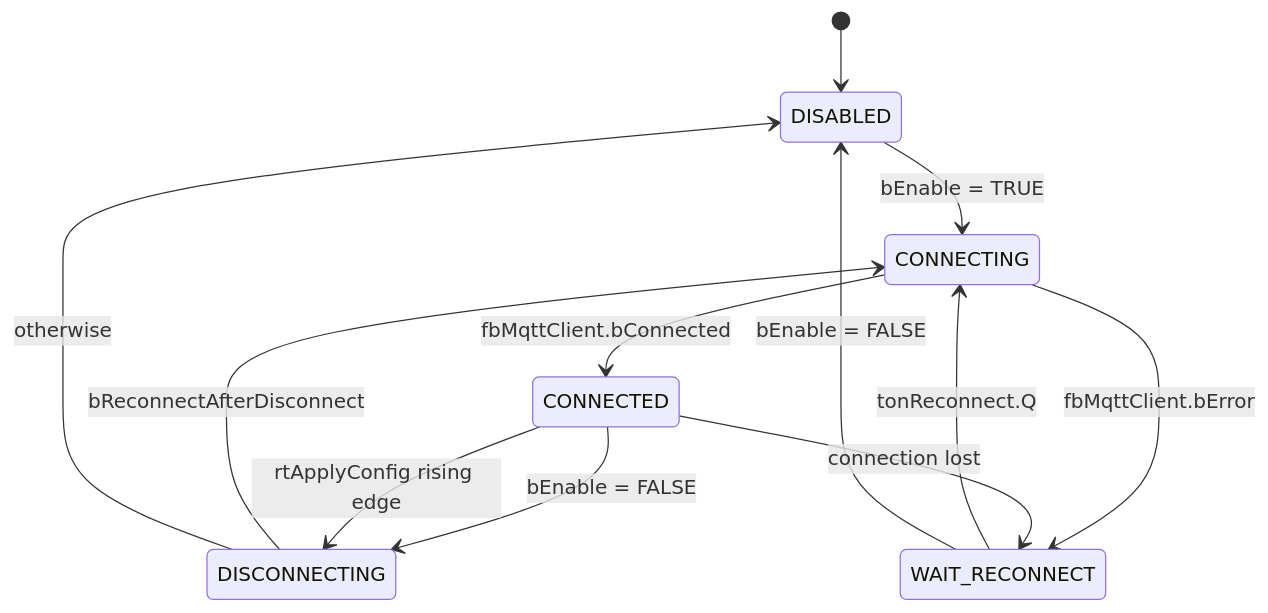
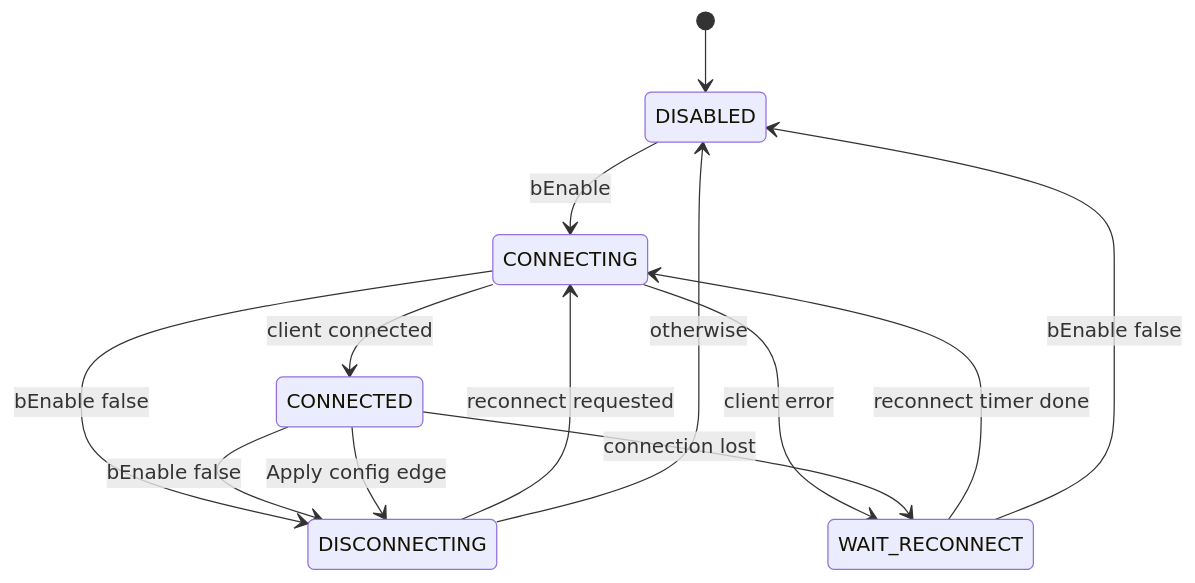
One commit to Awais-Mughal/Veksi_Project changed the second of 3 diagrams in docs/STATE_MACHINES.md. Above: the diagram before and after it, drawn with Mermaid. The commit also changed other lines of this file and 10 other files, not shown here.

````diff
--- a/docs/STATE_MACHINES.md
+++ b/docs/STATE_MACHINES.md
@@ -68,14 +58,15 @@
 ```mermaid
 stateDiagram-v2
     [*] --> DISABLED
-    DISABLED --> CONNECTING: bEnable = TRUE
-    CONNECTING --> CONNECTED: fbMqttClient.bConnected
-    CONNECTING --> WAIT_RECONNECT: fbMqttClient.bError
-    CONNECTED --> DISCONNECTING: bEnable = FALSE
-    CONNECTED --> DISCONNECTING: rtApplyConfig rising edge
+    DISABLED --> CONNECTING: bEnable
+    CONNECTING --> CONNECTED: client connected
+    CONNECTING --> WAIT_RECONNECT: client error
+    CONNECTING --> DISCONNECTING: bEnable false
+    CONNECTED --> DISCONNECTING: bEnable false
+    CONNECTED --> DISCONNECTING: Apply config edge
     CONNECTED --> WAIT_RECONNECT: connection lost
-    DISCONNECTING --> CONNECTING: bReconnectAfterDisconnect
+    DISCONNECTING --> CONNECTING: reconnect requested
     DISCONNECTING --> DISABLED: otherwise
-    WAIT_RECONNECT --> CONNECTING: tonReconnect.Q
-    WAIT_RECONNECT --> DISABLED: bEnable = FALSE
+    WAIT_RECONNECT --> CONNECTING: reconnect timer done
+    WAIT_RECONNECT --> DISABLED: bEnable false
 ```
````
